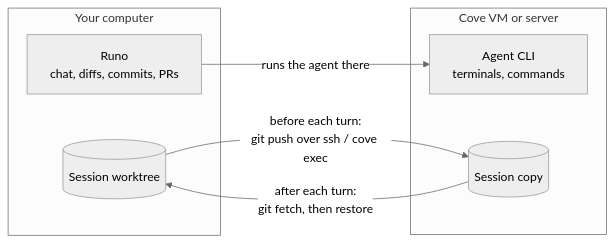
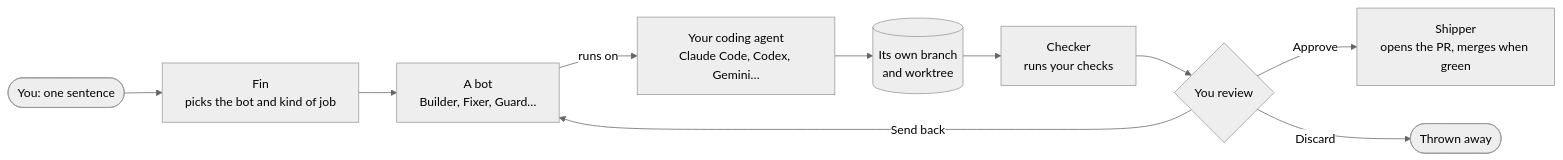
Before and after one commit to cosmospan/runo: the diagram in README.md, drawn with Mermaid (neutral theme). The commit also changed other lines of this file and 29 other files, not shown here.

````diff
--- a/README.md
+++ b/README.md
@@ -353,14 +57,12 @@
 ```mermaid
 flowchart LR
-    subgraph Mac["Your computer"]
-        R["Runo<br/>chat, diffs, commits, PRs"]
-        W[("Session worktree")]
-    end
-    subgraph Far["Cove VM or server"]
-        A["Agent CLI<br/>terminals, commands"]
-        C[("Session copy")]
-    end
-    W -- "before each turn:<br/>git push over ssh / cove exec" --> C
-    C -- "after each turn:<br/>git fetch, then restore" --> W
-    R -- "runs the agent there" --> A
+    You(["You: one sentence"]) --> Fin["Fin<br/>picks the bot and kind of job"]
+    Fin --> Bot["A bot<br/>Builder, Fixer, Guard…"]
+    Bot -- "runs on" --> Engine["Your coding agent<br/>Claude Code, Codex, Gemini…"]
+    Engine --> WT[("Its own branch<br/>and worktree")]
+    WT --> Checker["Checker<br/>runs your checks"]
+    Checker --> Review{"You review"}
+    Review -- "Approve" --> Shipper["Shipper<br/>opens the PR, merges when green"]
+    Review -- "Send back" --> Bot
+    Review -- "Discard" --> Gone(["Thrown away"])
 ```
````
